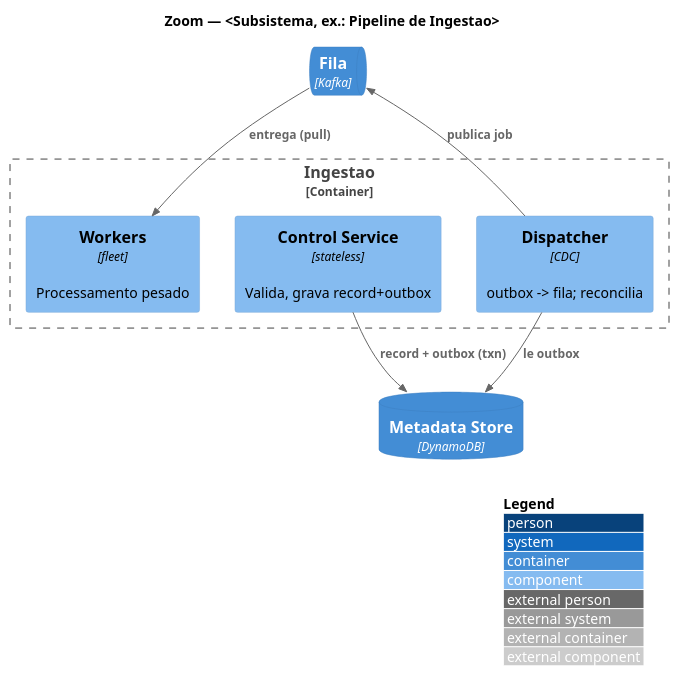
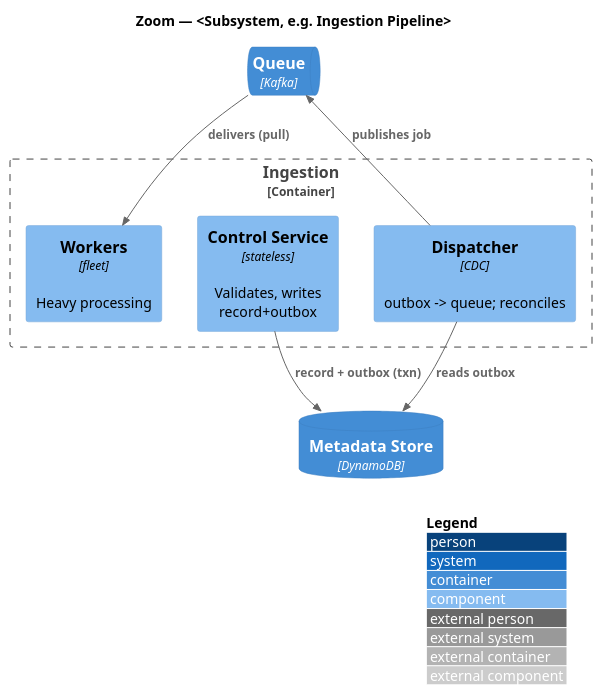
Before and after one commit to cmarcond/prumo: the diagram in templates/publish/figures-example/20-component-example.puml, drawn with PlantUML. The commit also changed other lines of this file and 27 other files, not shown here.

```diff
--- a/templates/publish/figures-example/20-component-example.puml
+++ b/templates/publish/figures-example/20-component-example.puml
@@ -3,18 +3,18 @@
 @startuml
 !include <C4/C4_Component>
 LAYOUT_WITH_LEGEND()
-title Zoom — <Subsistema, ex.: Pipeline de Ingestao>
+title Zoom — <Subsystem, e.g. Ingestion Pipeline>
 
-Container_Boundary(b, "Ingestao") {
-  Component(ctrl, "Control Service", "stateless", "Valida, grava record+outbox")
-  Component(disp, "Dispatcher", "CDC", "outbox -> fila; reconcilia")
-  Component(work, "Workers", "fleet", "Processamento pesado")
+Container_Boundary(b, "Ingestion") {
+  Component(ctrl, "Control Service", "stateless", "Validates, writes record+outbox")
+  Component(disp, "Dispatcher", "CDC", "outbox -> queue; reconciles")
+  Component(work, "Workers", "fleet", "Heavy processing")
 }
 ContainerDb(meta, "Metadata Store", "DynamoDB")
-ContainerQueue(q, "Fila", "Kafka")
+ContainerQueue(q, "Queue", "Kafka")
 
 Rel(ctrl, meta, "record + outbox (txn)")
-Rel(disp, meta, "le outbox")
-Rel(disp, q, "publica job")
-Rel(q, work, "entrega (pull)")
+Rel(disp, meta, "reads outbox")
+Rel(disp, q, "publishes job")
+Rel(q, work, "delivers (pull)")
 @enduml
```
